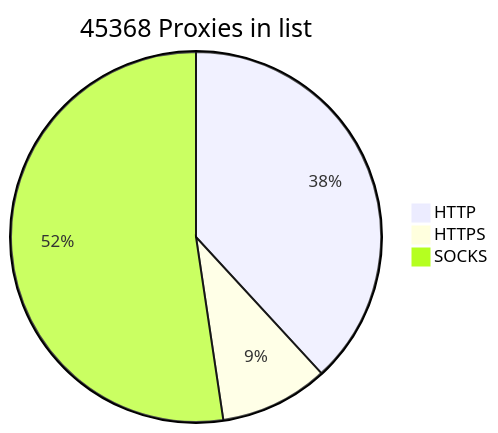
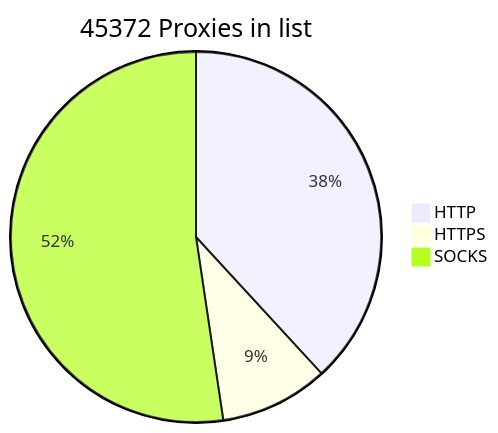
One commit to BlackSnowDot/proxylist-update-every-minute changed the diagram in README.md. Above: the diagram before and after it, drawn with Mermaid.

````diff
--- a/README.md
+++ b/README.md
@@ -2,6 +2,6 @@
 ```mermaid
-pie title 45368 Proxies in list
-    "HTTP" : 18900
+pie title 45372 Proxies in list
+    "HTTP" : 18904
     "HTTPS": 4698
     "SOCKS" : 25934
 ```
````
